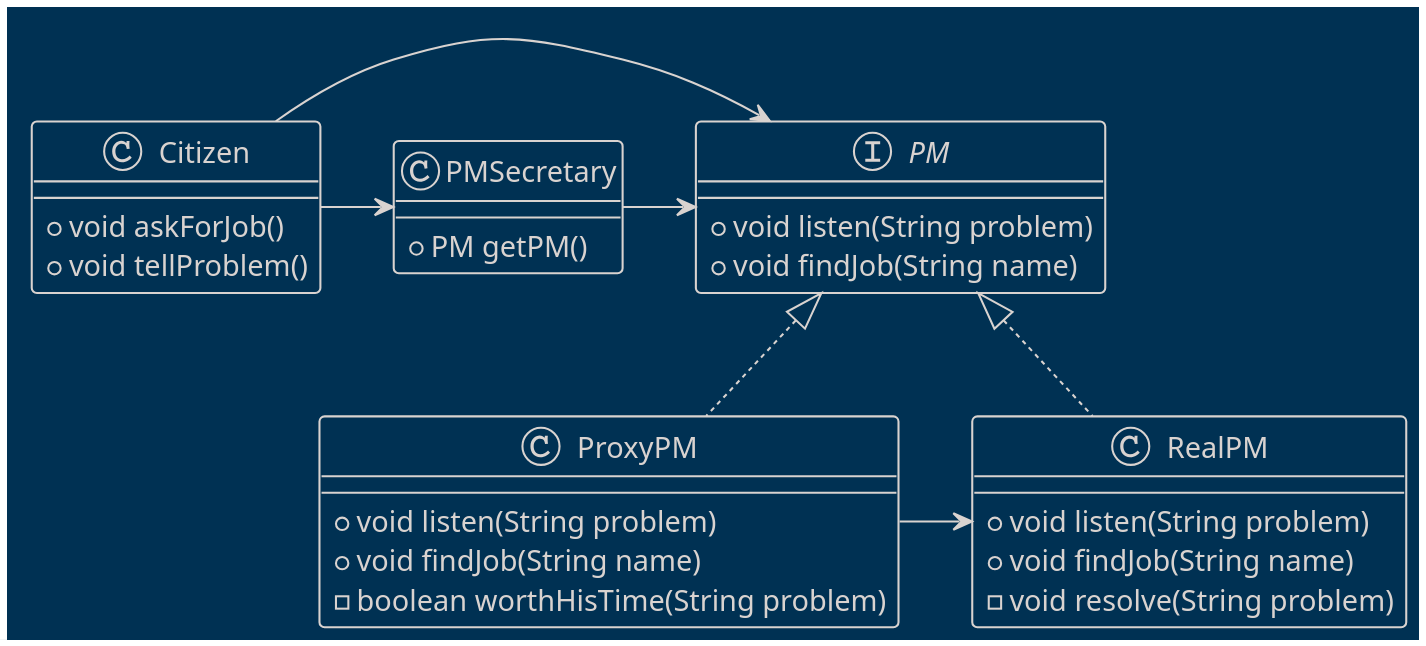
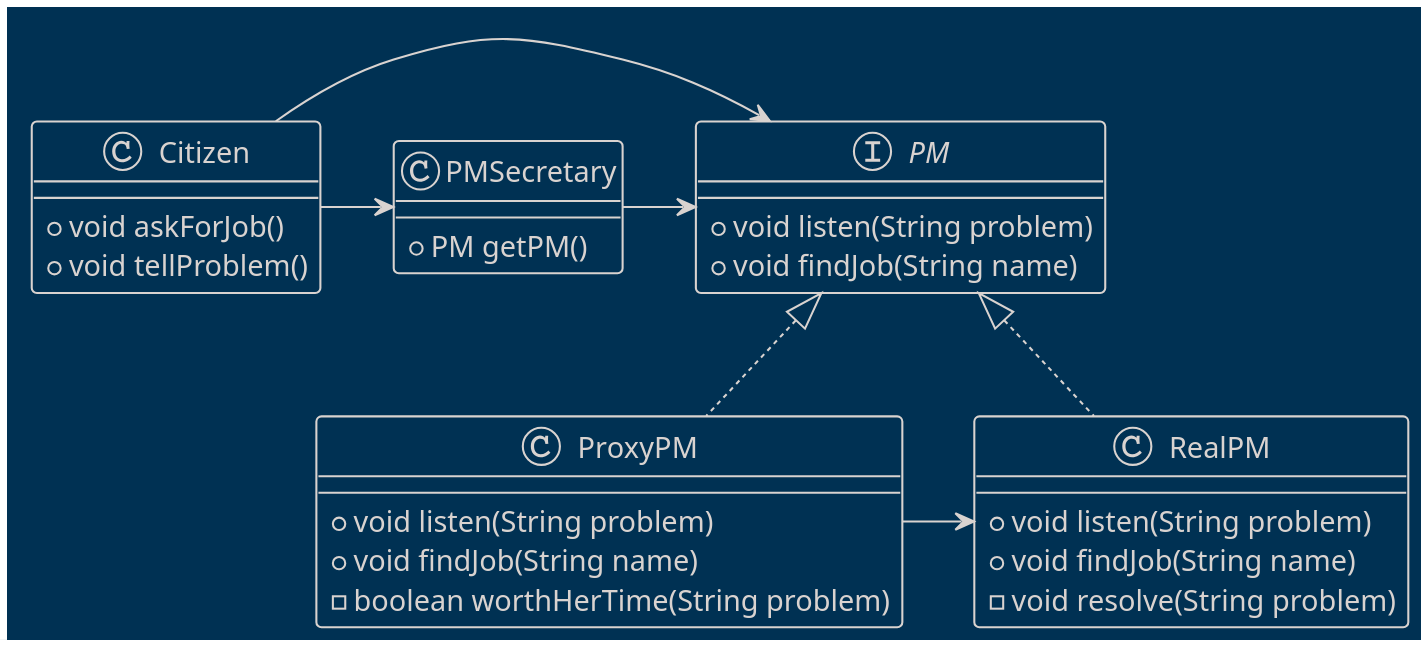
One commit to kaldiroglu/DesignPatternsWithJava changed the diagram in src/main/java/dev/kaldiroglu/dp/structural/proxy/pm/pm3/CD2.puml. Above: the diagram before and after it, drawn with PlantUML. The commit also changed 13 other files, not shown here.

Commit message:
Proxy pm: worthHerTime in every stage, code and diagrams

```diff
--- a/src/main/java/dev/kaldiroglu/dp/structural/proxy/pm/pm3/CD2.puml
+++ b/src/main/java/dev/kaldiroglu/dp/structural/proxy/pm/pm3/CD2.puml
@@ -1,35 +1,35 @@
 @startuml
 skinparam dpi 300
 !theme blueprint
 
 class Citizen{
    + void askForJob()
    + void tellProblem()
 }
 
 interface PM{
   + void listen(String problem)
   + void findJob(String name)
 }
 
 class ProxyPM implements PM{
   + void listen(String problem)
   + void findJob(String name)
-  - boolean worthHisTime(String problem)
+  - boolean worthHerTime(String problem)
 }
 
 class PMSecretary{
   + PM getPM()
 }
 
 class RealPM implements PM{
   + void listen(String problem)
   + void findJob(String name)
   - void resolve(String problem)
 }
 
 Citizen -> PM
 ProxyPM -> RealPM
 PMSecretary -> PM
 Citizen -> PMSecretary
 @enduml
```
